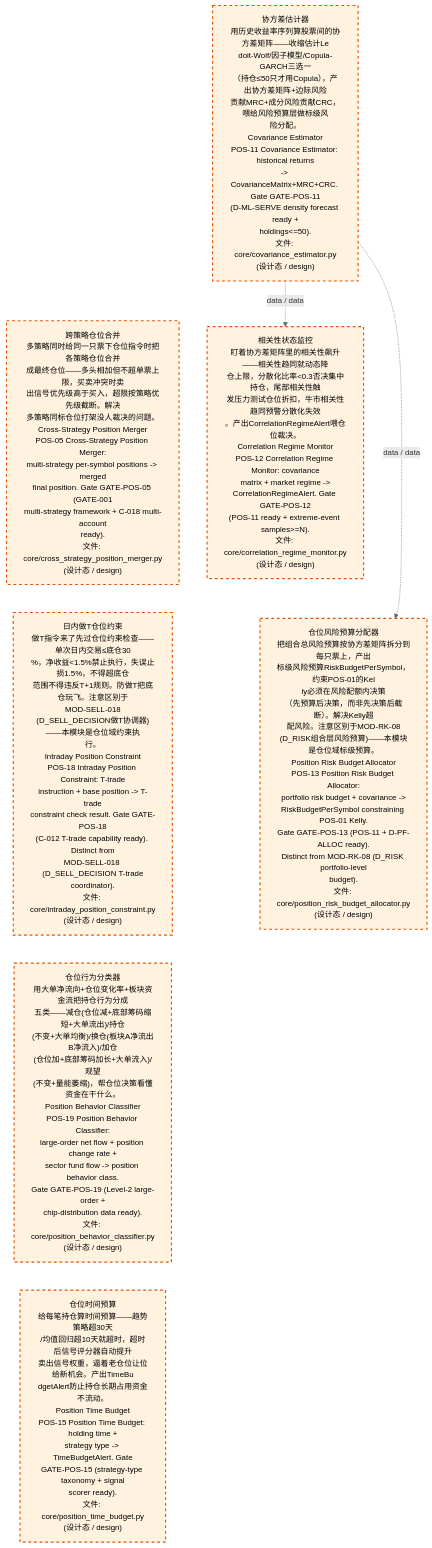
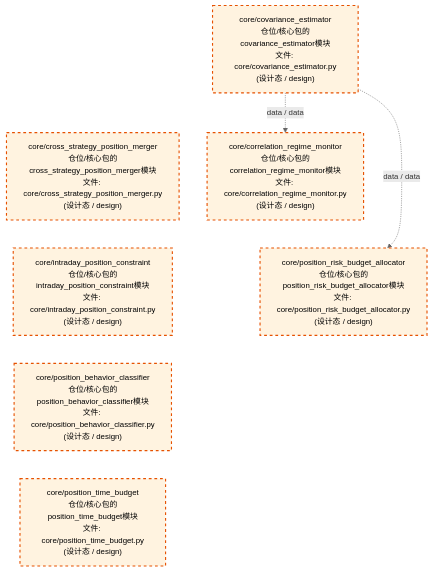
One commit to xuanFelixVan/ZephyrAlpha changed the third of 4 diagrams in docs/02_enterprise_architecture/02_domain_architecture_docs/64_d_position.md. Above: the diagram before and after it, drawn with Mermaid. The commit also changed other lines of this file and 50 other files, not shown here.

````diff
--- a/docs/02_enterprise_architecture/02_domain_architecture_docs/64_d_position.md
+++ b/docs/02_enterprise_architecture/02_domain_architecture_docs/64_d_position.md
@@ -214,23 +214,23 @@
 ```mermaid
 %%{init: {'theme': 'base', 'themeVariables': {'primaryColor': '#eaeaea', 'primaryTextColor': '#333333', 'primaryBorderColor': '#666666', 'lineColor': '#666666', 'secondaryColor': '#eaeaea', 'tertiaryColor': '#eaeaea', 'fontSize': '14px'}}}%%
 flowchart TD
-    src_zephyr_position_core_covariance_estimator_py["协方差估计器<br/>用历史收益率序列算股票间的协方差矩阵——收缩估计Le<br/>doit-Wolf/因子模型/Copula-GARCH三选一<br/>（持仓≤50只才用Copula），产出协方差矩阵+边际风险<br/>贡献MRC+成分风险贡献CRC，喂给风险预算层做标级风<br/>险分配。<br/>Covariance Estimator<br/>POS-11 Covariance Estimator: historical returns<br/>-> CovarianceMatrix+MRC+CRC. Gate GATE-POS-11<br/>(D-ML-SERVE density forecast ready +<br/>holdings<=50).<br/>文件: core/covariance_estimator.py<br/>(设计态 / design)"]
-    src_zephyr_position_core_cross_strategy_position_merger_py["跨策略仓位合并<br/>多策略同时给同一只票下仓位指令时把各策略仓位合并<br/>成最终仓位——多头相加但不超单票上限，买卖冲突时卖<br/>出信号优先级高于买入，超限按策略优先级截断。解决<br/>多策略同标仓位打架没人裁决的问题。<br/>Cross-Strategy Position Merger<br/>POS-05 Cross-Strategy Position Merger:<br/>multi-strategy per-symbol positions -> merged<br/>final position. Gate GATE-POS-05 (GATE-001<br/>multi-strategy framework + C-018 multi-account<br/>ready).<br/>文件: core/cross_strategy_position_merger.py<br/>(设计态 / design)"]
-    src_zephyr_position_core_intraday_position_constraint_py["日内做T仓位约束<br/>做T指令来了先过仓位约束检查——单次日内交易≤底仓30<br/>%，净收益<1.5%禁止执行，失误止损1.5%，不得超底仓<br/>范围不得违反T+1规则。防做T把底仓玩飞。注意区别于<br/>MOD-SELL-018<br/>(D_SELL_DECISION做T协调器)——本模块是仓位域约束执<br/>行。<br/>Intraday Position Constraint<br/>POS-18 Intraday Position Constraint: T-trade<br/>instruction + base position -> T-trade<br/>constraint check result. Gate GATE-POS-18<br/>(C-012 T-trade capability ready). Distinct from<br/>MOD-SELL-018 (D_SELL_DECISION T-trade<br/>coordinator).<br/>文件: core/intraday_position_constraint.py<br/>(设计态 / design)"]
-    src_zephyr_position_core_position_behavior_classifier_py["仓位行为分类器<br/>用大单净流向+仓位变化率+板块资金流把持仓行为分成<br/>五类——减仓(仓位减+底部筹码缩短+大单流出)/持仓<br/>(不变+大单均衡)/换仓(板块A净流出B净流入)/加仓<br/>(仓位加+底部筹码加长+大单流入)/观望<br/>(不变+量能萎缩)，帮仓位决策看懂资金在干什么。<br/>Position Behavior Classifier<br/>POS-19 Position Behavior Classifier:<br/>large-order net flow + position change rate +<br/>sector fund flow -> position behavior class.<br/>Gate GATE-POS-19 (Level-2 large-order +<br/>chip-distribution data ready).<br/>文件: core/position_behavior_classifier.py<br/>(设计态 / design)"]
-    src_zephyr_position_core_position_time_budget_py["仓位时间预算<br/>给每笔持仓算时间预算——趋势策略超30天<br/>/均值回归超10天就超时，超时后信号评分器自动提升<br/>卖出信号权重，逼着老仓位让位给新机会。产出TimeBu<br/>dgetAlert防止持仓长期占用资金不流动。<br/>Position Time Budget<br/>POS-15 Position Time Budget: holding time +<br/>strategy type -> TimeBudgetAlert. Gate<br/>GATE-POS-15 (strategy-type taxonomy + signal<br/>scorer ready).<br/>文件: core/position_time_budget.py<br/>(设计态 / design)"]
+    src_zephyr_position_core_covariance_estimator_py["core/covariance_estimator<br/>仓位/核心包的covariance_estimator模块<br/>文件: core/covariance_estimator.py<br/>(设计态 / design)"]
+    src_zephyr_position_core_cross_strategy_position_merger_py["core/cross_strategy_position_merger<br/>仓位/核心包的cross_strategy_position_merger模块<br/>文件: core/cross_strategy_position_merger.py<br/>(设计态 / design)"]
+    src_zephyr_position_core_intraday_position_constraint_py["core/intraday_position_constraint<br/>仓位/核心包的intraday_position_constraint模块<br/>文件: core/intraday_position_constraint.py<br/>(设计态 / design)"]
+    src_zephyr_position_core_position_behavior_classifier_py["core/position_behavior_classifier<br/>仓位/核心包的position_behavior_classifier模块<br/>文件: core/position_behavior_classifier.py<br/>(设计态 / design)"]
+    src_zephyr_position_core_position_time_budget_py["core/position_time_budget<br/>仓位/核心包的position_time_budget模块<br/>文件: core/position_time_budget.py<br/>(设计态 / design)"]
     src_zephyr_position_core_covariance_estimator_py ~~~ src_zephyr_position_core_cross_strategy_position_merger_py
     src_zephyr_position_core_cross_strategy_position_merger_py ~~~ src_zephyr_position_core_intraday_position_constraint_py
     src_zephyr_position_core_intraday_position_constraint_py ~~~ src_zephyr_position_core_position_behavior_classifier_py
     src_zephyr_position_core_position_behavior_classifier_py ~~~ src_zephyr_position_core_position_time_budget_py
-    src_zephyr_position_core_correlation_regime_monitor_py["相关性状态监控<br/>盯着协方差矩阵里的相关性飙升——相关性趋同就动态降<br/>仓上限，分散化比率<0.3否决集中持仓，尾部相关性触<br/>发压力测试仓位折扣，牛市相关性趋同预警分散化失效<br/>。产出CorrelationRegimeAlert喂仓位裁决。<br/>Correlation Regime Monitor<br/>POS-12 Correlation Regime Monitor: covariance<br/>matrix + market regime -><br/>CorrelationRegimeAlert. Gate GATE-POS-12<br/>(POS-11 ready + extreme-event samples>=N).<br/>文件: core/correlation_regime_monitor.py<br/>(设计态 / design)"]
-    src_zephyr_position_core_position_risk_budget_allocator_py["仓位风险预算分配器<br/>把组合总风险预算按协方差矩阵拆分到每只票上，产出<br/>标级风险预算RiskBudgetPerSymbol，约束POS-01的Kel<br/>ly必须在风险配额内决策<br/>（先预算后决策，而非先决策后截断）。解决Kelly超<br/>配风险。注意区别于MOD-RK-08<br/>(D_RISK组合层风险预算)——本模块是仓位域标级预算。<br/>Position Risk Budget Allocator<br/>POS-13 Position Risk Budget Allocator:<br/>portfolio risk budget + covariance -><br/>RiskBudgetPerSymbol constraining POS-01 Kelly.<br/>Gate GATE-POS-13 (POS-11 + D-PF-ALLOC ready).<br/>Distinct from MOD-RK-08 (D_RISK portfolio-level<br/>budget).<br/>文件: core/position_risk_budget_allocator.py<br/>(设计态 / design)"]
+    src_zephyr_position_core_correlation_regime_monitor_py["core/correlation_regime_monitor<br/>仓位/核心包的correlation_regime_monitor模块<br/>文件: core/correlation_regime_monitor.py<br/>(设计态 / design)"]
+    src_zephyr_position_core_position_risk_budget_allocator_py["core/position_risk_budget_allocator<br/>仓位/核心包的position_risk_budget_allocator模块<br/>文件: core/position_risk_budget_allocator.py<br/>(设计态 / design)"]
     src_zephyr_position_core_correlation_regime_monitor_py ~~~ src_zephyr_position_core_position_risk_budget_allocator_py
     src_zephyr_position_core_covariance_estimator_py -.->|data / data| src_zephyr_position_core_correlation_regime_monitor_py
     src_zephyr_position_core_covariance_estimator_py -.->|data / data| src_zephyr_position_core_position_risk_budget_allocator_py
     classDef production fill:#e1f5fe,stroke:#01579b,stroke-width:2px,color:#000
     classDef design fill:#fff3e0,stroke:#e65100,stroke-width:2px,color:#000,stroke-dasharray: 5 5
     classDef external_prod fill:#e8f4fd,stroke:#0277bd,stroke-width:1px,color:#000
     classDef external_design fill:#fff8e7,stroke:#ef6c00,stroke-width:1px,color:#000,stroke-dasharray: 5 5
     class src_zephyr_position_core_correlation_regime_monitor_py,src_zephyr_position_core_covariance_estimator_py,src_zephyr_position_core_cross_strategy_position_merger_py,src_zephyr_position_core_intraday_position_constraint_py,src_zephyr_position_core_position_behavior_classifier_py,src_zephyr_position_core_position_risk_budget_allocator_py,src_zephyr_position_core_position_time_budget_py design
 ```
````
